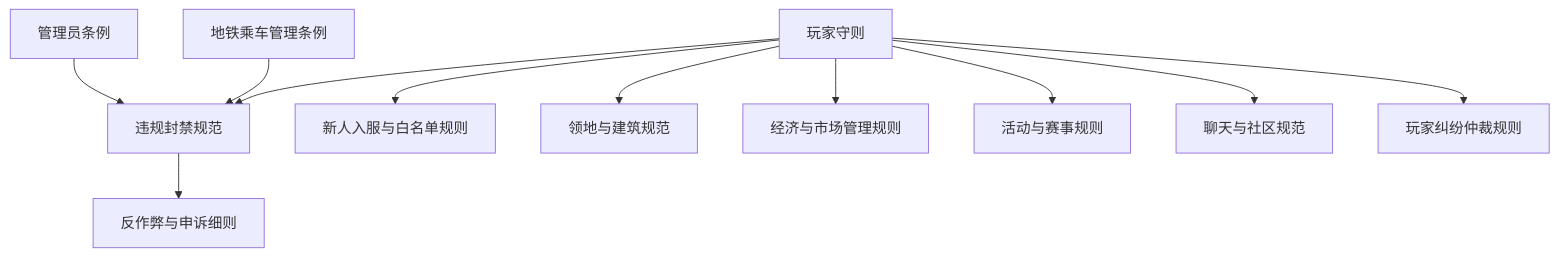
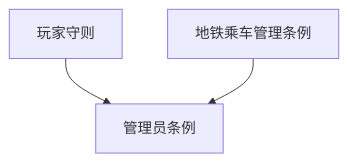
The diagram in README.md (ChenRay-team/ChenRay-Docs), drawn with Mermaid before and after one commit. The commit also changed other lines of this file and 11 other files, not shown here.

````diff
--- a/README.md
+++ b/README.md
@@ -27,13 +19,5 @@
 ```mermaid
 graph TD
-    A[玩家守则] --> D[违规封禁规范]
-    B[管理员条例] --> D
-    C[地铁乘车管理条例] --> D
-    A --> E[新人入服与白名单规则]
-    A --> F[领地与建筑规范]
-    A --> G[经济与市场管理规则]
-    A --> H[活动与赛事规则]
-    A --> I[聊天与社区规范]
-    D --> J[反作弊与申诉细则]
-    A --> K[玩家纠纷仲裁规则]
+    A[玩家守则] --> B[管理员条例]
+    C[地铁乘车管理条例] --> B
 ```
````
